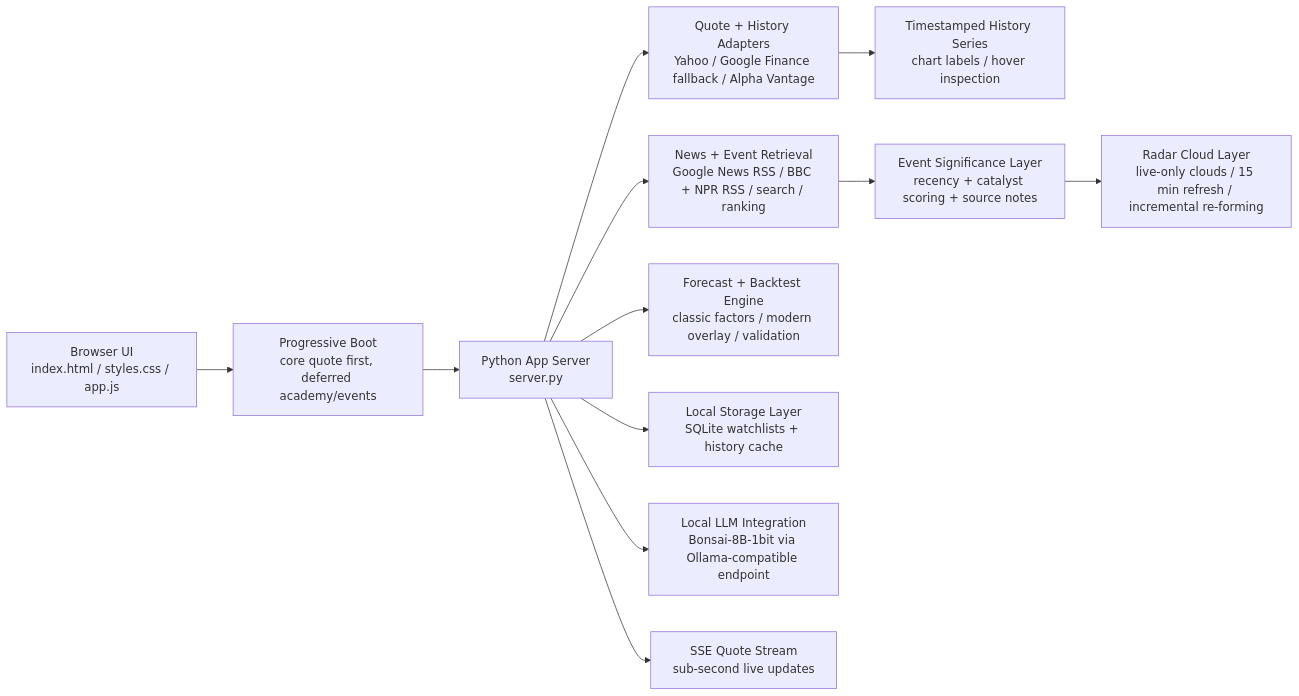
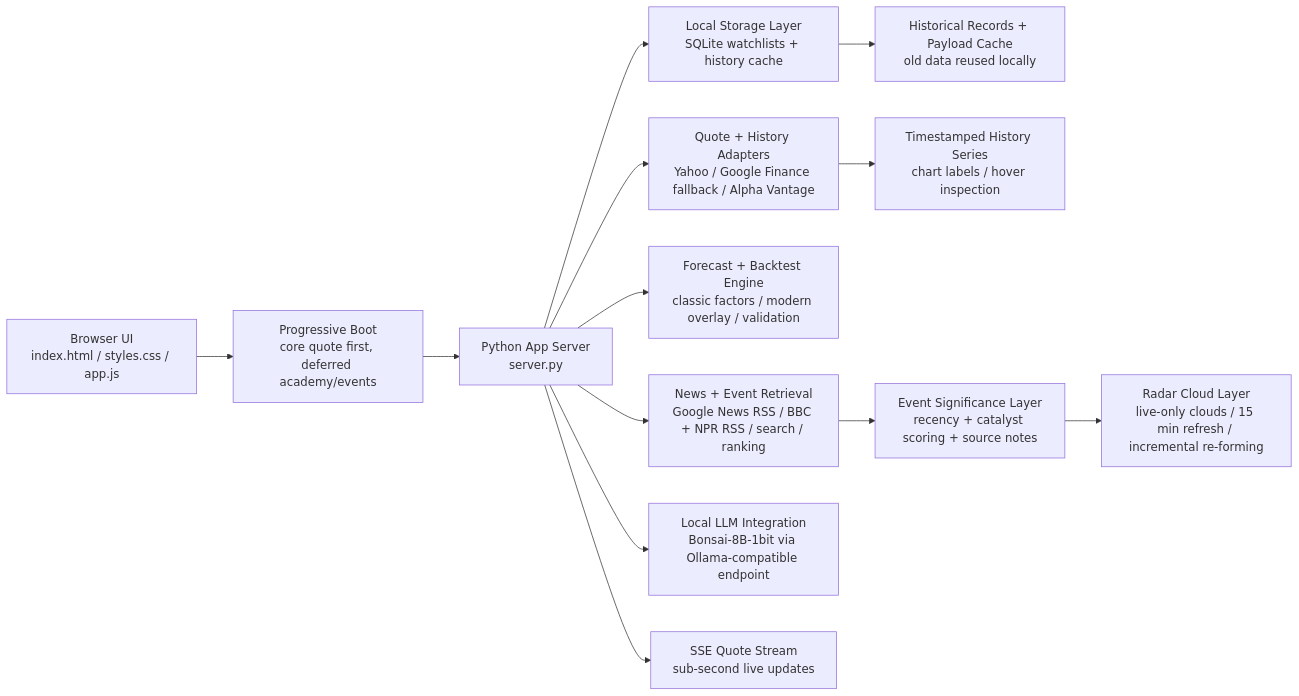
The diagram in README.md (sarsiz/Financial-Market-Dashboard), drawn with Mermaid before and after one commit. The commit also changed other lines of this file and 6477 other files, not shown here.

````diff
--- a/README.md
+++ b/README.md
@@ -45,14 +59,15 @@
 ```mermaid
 flowchart LR
   A["Browser UI<br/>index.html / styles.css / app.js"] --> A1["Progressive Boot<br/>core quote first, deferred academy/events"]
   A1 --> B["Python App Server<br/>server.py"]
   B --> C["Quote + History Adapters<br/>Yahoo / Google Finance fallback / Alpha Vantage"]
   B --> D["News + Event Retrieval<br/>Google News RSS / BBC + NPR RSS / search / ranking"]
   B --> E["Forecast + Backtest Engine<br/>classic factors / modern overlay / validation"]
   B --> F["Local Storage Layer<br/>SQLite watchlists + history cache"]
+  F --> F1["Historical Records + Payload Cache<br/>old data reused locally"]
   B --> G["Local LLM Integration<br/>Bonsai-8B-1bit via Ollama-compatible endpoint"]
   B --> H["SSE Quote Stream<br/>sub-second live updates"]
   C --> C1["Timestamped History Series<br/>chart labels / hover inspection"]
   D --> D1["Event Significance Layer<br/>recency + catalyst scoring + source notes"]
   D1 --> D2["Radar Cloud Layer<br/>live-only clouds / 15 min refresh / incremental re-forming"]
 ```
````
